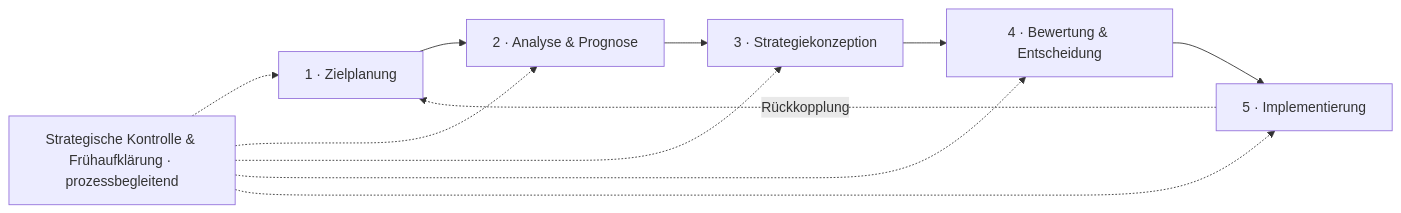
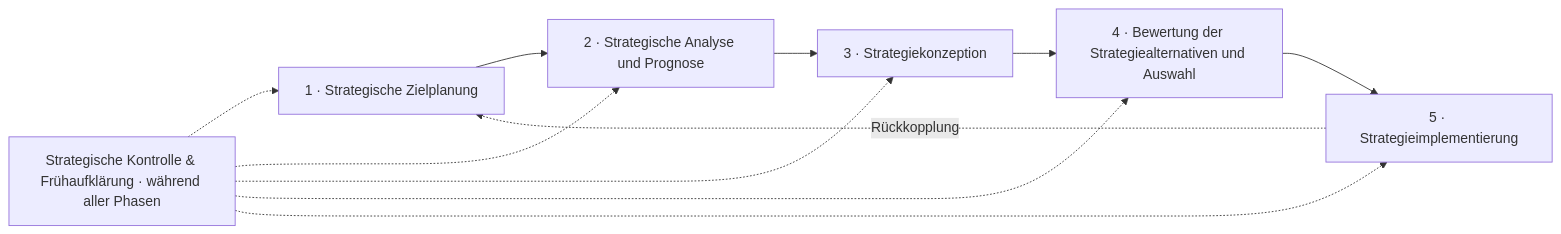
The diagram in README.md (I-Fichtner-I/Strategisches-Management), drawn with Mermaid before and after one commit. The commit also changed other lines of this file and 2 other files, not shown here.

First line of the commit message:
Prozessgrafik & README: Phasen des strategischen Planungsprozesses

````diff
--- a/README.md
+++ b/README.md
@@ -16,6 +16,6 @@
 ```mermaid
 flowchart LR
-    P1["1 · Zielplanung"] --> P2["2 · Analyse & Prognose"] --> P3["3 · Strategiekonzeption"] --> P4["4 · Bewertung & Entscheidung"] --> P5["5 · Implementierung"]
+    P1["1 · Strategische Zielplanung"] --> P2["2 · Strategische Analyse und Prognose"] --> P3["3 · Strategiekonzeption"] --> P4["4 · Bewertung der Strategiealternativen und Auswahl"] --> P5["5 · Strategieimplementierung"]
     P5 -.->|Rückkopplung| P1
-    K["Strategische Kontrolle & Frühaufklärung · prozessbegleitend"] -.-> P1 & P2 & P3 & P4 & P5
+    K["Strategische Kontrolle & Frühaufklärung · während aller Phasen"] -.-> P1 & P2 & P3 & P4 & P5
 ```
````
